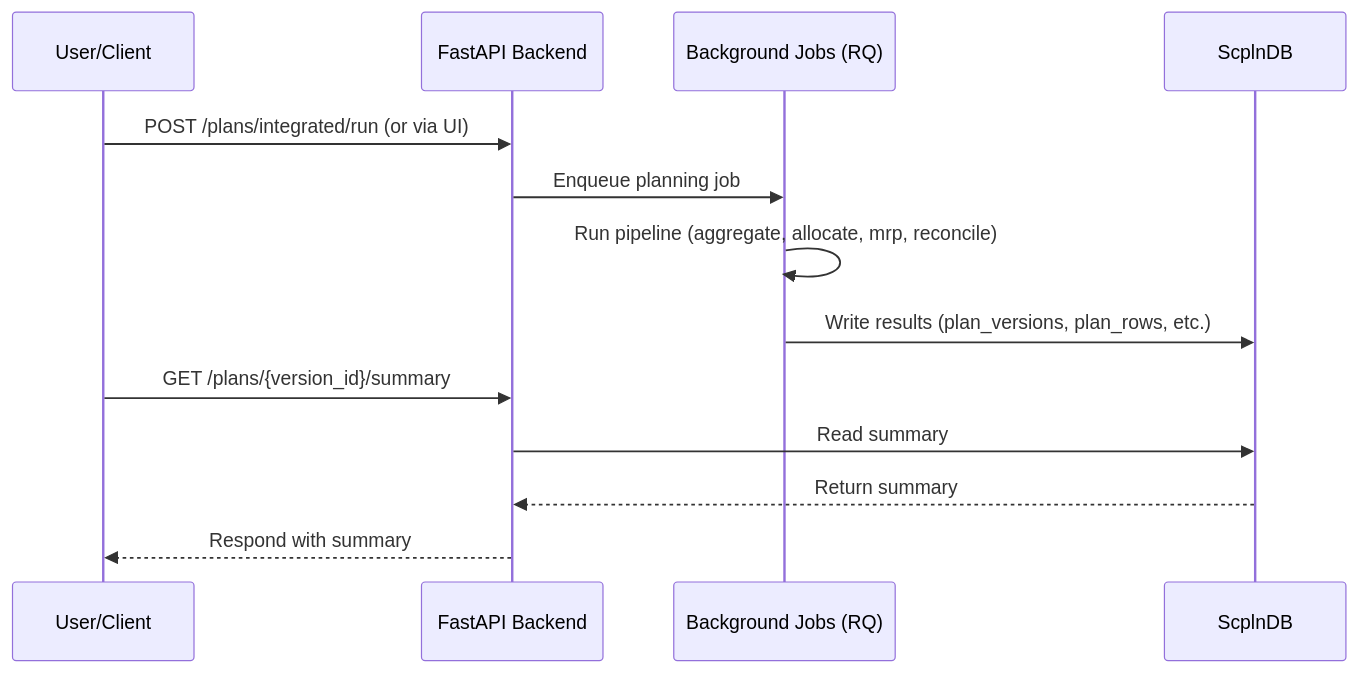
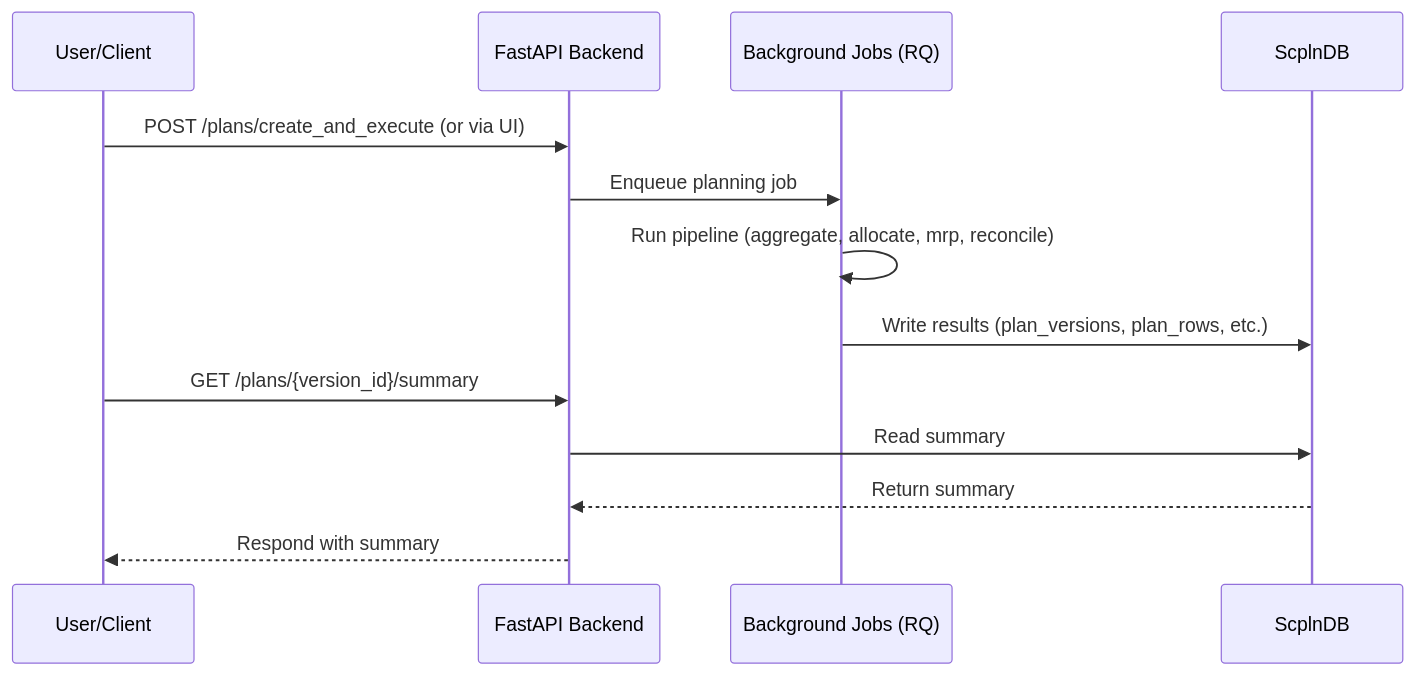
Before and after one commit to miumigy/scpln: the diagram in docs/AGG_DET_RECONCILIATION_JA.md, drawn with Mermaid. The commit also changed other lines of this file and 7 other files, not shown here.

````diff
--- a/docs/AGG_DET_RECONCILIATION_JA.md
+++ b/docs/AGG_DET_RECONCILIATION_JA.md
@@ -27,16 +27,16 @@
 ```mermaid
 sequenceDiagram
   participant User as User/Client
   participant API as FastAPI Backend
   participant Jobs as Background Jobs (RQ)
   participant DB as ScplnDB
 
-  User->>API: POST /plans/integrated/run (or via UI)
+  User->>API: POST /plans/create_and_execute (or via UI)
   API->>Jobs: Enqueue planning job
   Jobs->>Jobs: Run pipeline (aggregate, allocate, mrp, reconcile)
   Jobs->>DB: Write results (plan_versions, plan_rows, etc.)
   User->>API: GET /plans/{version_id}/summary
   API->>DB: Read summary
   DB-->>API: Return summary
   API-->>User: Respond with summary
 ```
````
